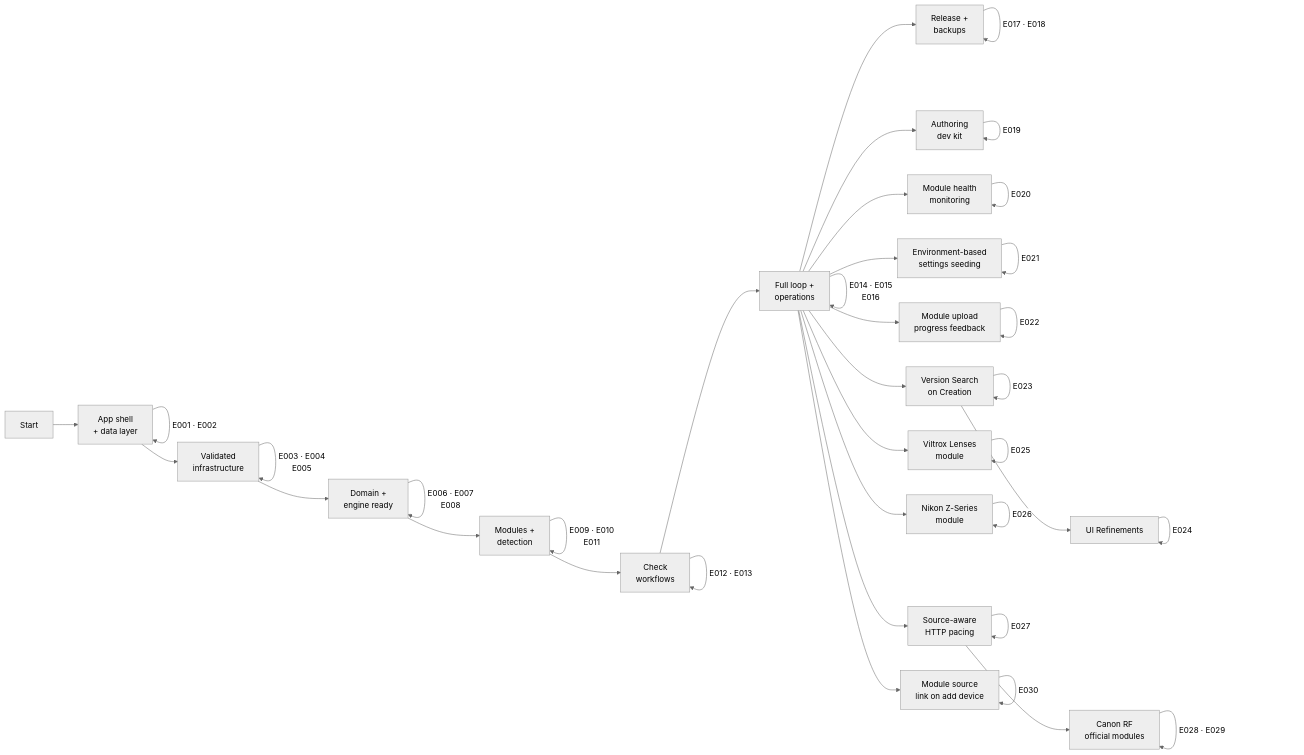
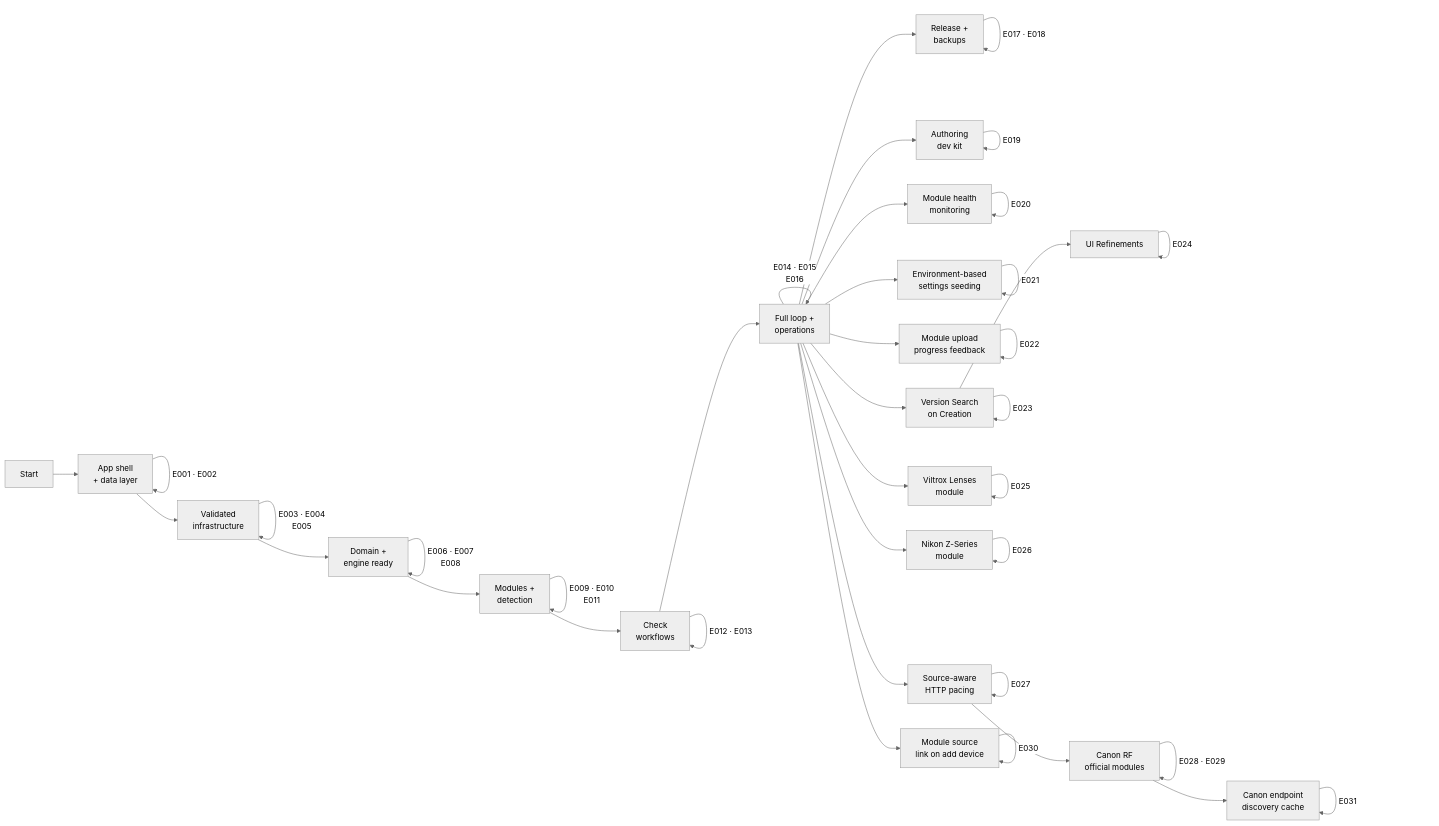
The diagram in specs/project-plan.md (attilaszasz/Binocular), drawn with Mermaid (neutral theme) before and after one commit. The commit also changed other lines of this file and 28 other files, not shown here.

Commit message:
feat: add Canon endpoint discovery cache

````diff
--- a/specs/project-plan.md
+++ b/specs/project-plan.md
@@ -141,55 +147,58 @@
 ```mermaid
 graph LR
     START["Start"] --> M1["App shell<br>+ data layer"]
     M1 -->|"E001 · E002"| M1
 
     M1 --> M2["Validated<br>infrastructure"]
     M2 -->|"E003 · E004<br>E005"| M2
 
     M2 --> M3["Domain +<br>engine ready"]
     M3 -->|"E006 · E007<br>E008"| M3
 
     M3 --> M4["Modules +<br>detection"]
     M4 -->|"E009 · E010<br>E011"| M4
 
     M4 --> M5["Check<br>workflows"]
     M5 -->|"E012 · E013"| M5
 
     M5 --> M6["Full loop +<br>operations"]
     M6 -->|"E014 · E015<br>E016"| M6
 
     M6 --> M7["Release +<br>backups"]
     M7 -->|"E017 · E018"| M7
 
     M6 --> M8["Authoring<br>dev kit"]
     M8 -->|"E019"| M8
 
     M6 --> M9["Module health<br>monitoring"]
     M9 -->|"E020"| M9
 
     M6 --> M10["Environment-based<br>settings seeding"]
     M10 -->|"E021"| M10
 
     M6 --> M11["Module upload<br>progress feedback"]
     M11 -->|"E022"| M11
 
     M6 --> M12["Version Search<br>on Creation"]
     M12 -->|"E023"| M12
     M12 --> M13["UI Refinements"]
     M13 -->|"E024"| M13
 
     M6 --> M14["Viltrox Lenses<br>module"]
     M14 -->|"E025"| M14
 
     M6 --> M15["Nikon Z-Series<br>module"]
     M15 -->|"E026"| M15
 
     M6 --> M16["Source-aware<br>HTTP pacing"]
     M16 -->|"E027"| M16
 
     M16 --> M17["Canon RF<br>official modules"]
     M17 -->|"E028 · E029"| M17
 
     M6 --> M18["Module source<br>link on add device"]
     M18 -->|"E030"| M18
+
+    M17 --> M19["Canon endpoint<br>discovery cache"]
+    M19 -->|"E031"| M19
 ```
````
